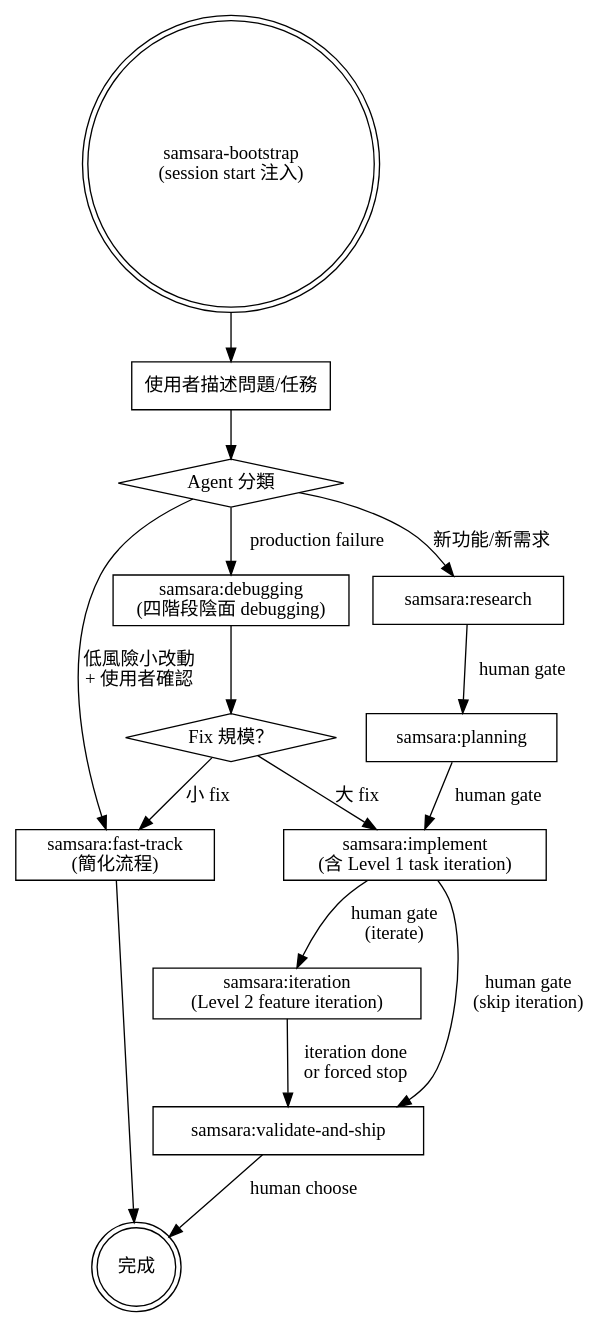
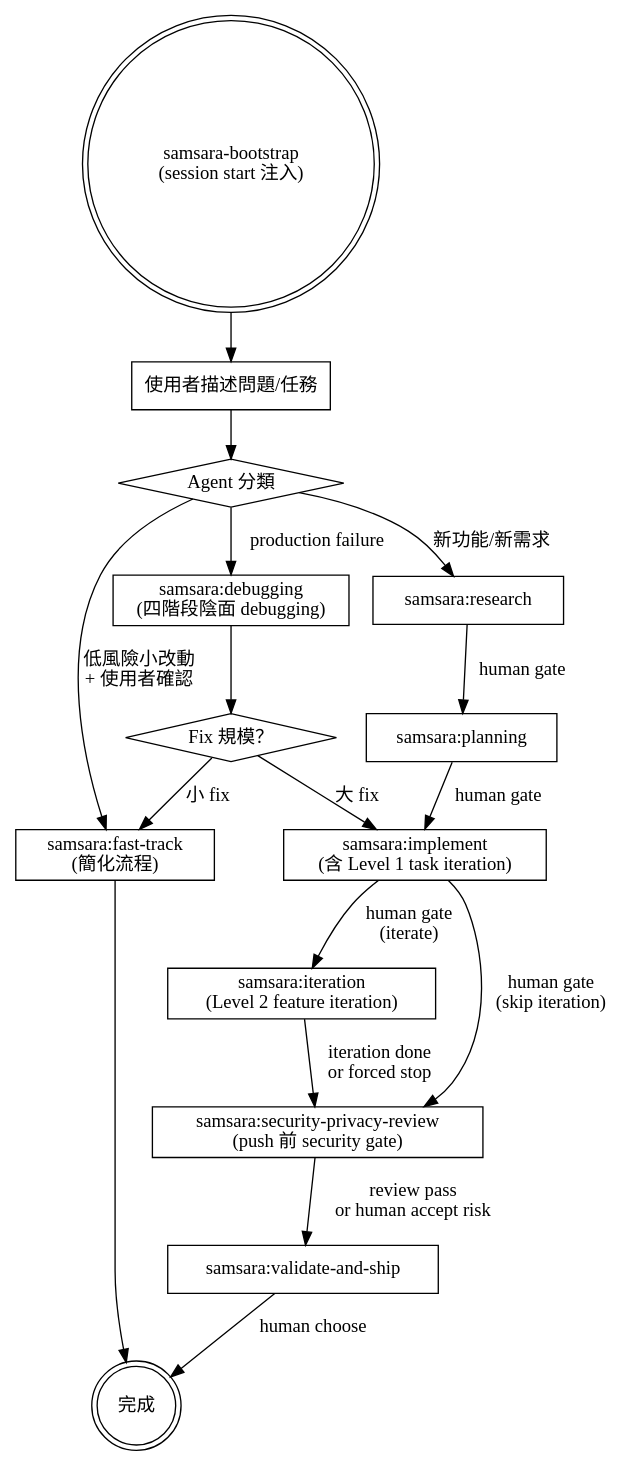
The diagram in samsara/skills/samsara-bootstrap/SKILL.md (roymondliao/kaleidoscope-tools), drawn with Graphviz before and after one commit. The commit also changed other lines of this file and 19 other files, not shown here.

First line of the commit message:
feat(samsara): add security-privacy-review gate (Phase 5)

````diff
--- a/samsara/skills/samsara-bootstrap/SKILL.md
+++ b/samsara/skills/samsara-bootstrap/SKILL.md
@@ -46,39 +46,41 @@
 ```dot
 digraph samsara_routing {
     rankdir=TB;
     node [shape=box];
 
     bootstrap [label="samsara-bootstrap\n(session start 注入)" shape=doublecircle];
     input [label="使用者描述問題/任務"];
     classify [label="Agent 分類" shape=diamond];
 
     fast_track [label="samsara:fast-track\n(簡化流程)"];
     research [label="samsara:research"];
     planning [label="samsara:planning"];
     implement [label="samsara:implement\n(含 Level 1 task iteration)"];
     iteration [label="samsara:iteration\n(Level 2 feature iteration)"];
+    security_review [label="samsara:security-privacy-review\n(push 前 security gate)"];
     validate [label="samsara:validate-and-ship"];
     debugging [label="samsara:debugging\n(四階段陰面 debugging)"];
 
     fix_size [label="Fix 規模？" shape=diamond];
     done [label="完成" shape=doublecircle];
 
     bootstrap -> input;
     input -> classify;
     classify -> fast_track [label="低風險小改動\n+ 使用者確認"];
     classify -> research [label="新功能/新需求"];
     classify -> debugging [label="production failure"];
 
     research -> planning [label="human gate"];
     planning -> implement [label="human gate"];
     implement -> iteration [label="human gate\n(iterate)"];
-    implement -> validate [label="human gate\n(skip iteration)"];
-    iteration -> validate [label="iteration done\nor forced stop"];
+    implement -> security_review [label="human gate\n(skip iteration)"];
+    iteration -> security_review [label="iteration done\nor forced stop"];
+    security_review -> validate [label="review pass\nor human accept risk"];
     validate -> done [label="human choose"];
 
     fast_track -> done;
     debugging -> fix_size;
     fix_size -> fast_track [label="小 fix"];
     fix_size -> implement [label="大 fix"];
 }
 ```
````
